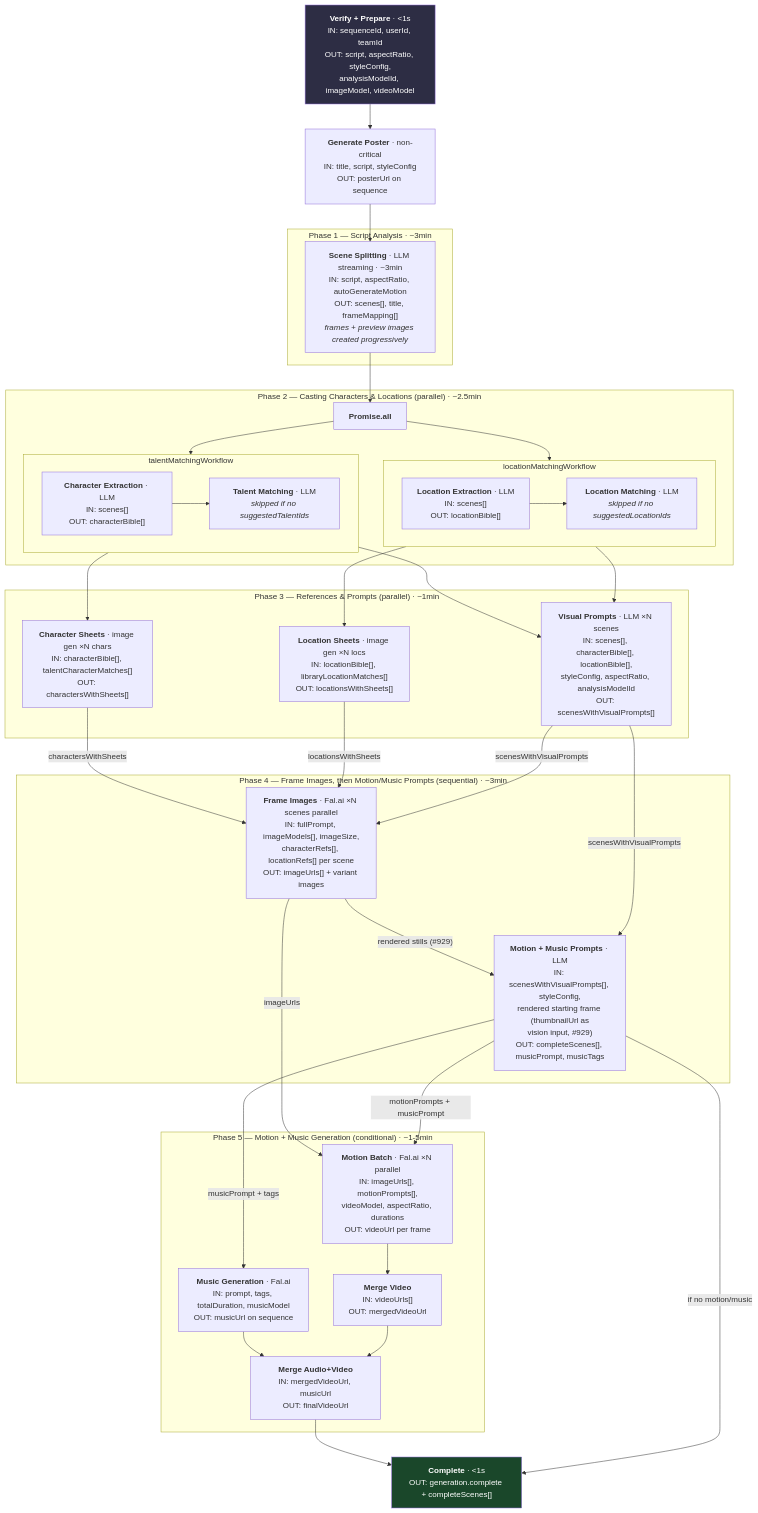
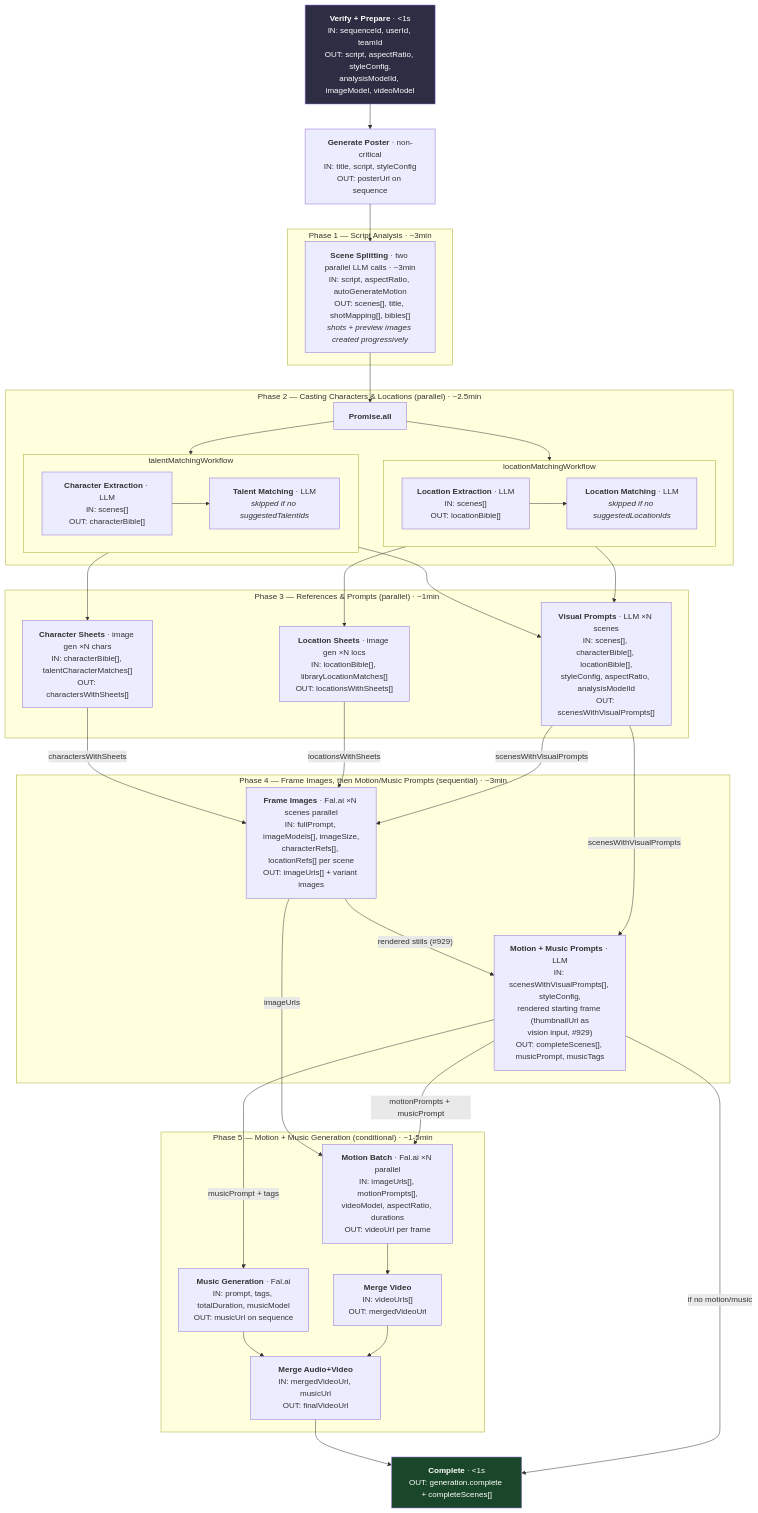
The first of 7 diagrams in docs/developer-guide/workflow.md (ai-shreyas/openstory), drawn with Mermaid before and after one commit. The commit also changed other lines of this file and 16 other files, not shown here.

First line of the commit message:
fix(ai): keep first-pass scenes on degraded split; pair music by index

````diff
--- a/docs/developer-guide/workflow.md
+++ b/docs/developer-guide/workflow.md
@@ -12,72 +12,72 @@
 ```mermaid
 flowchart TD
     Verify["<b>Verify + Prepare</b> · <1s<br/>IN: sequenceId, userId, teamId<br/>OUT: script, aspectRatio, styleConfig,<br/>analysisModelId, imageModel, videoModel"] --> Poster
     Poster["<b>Generate Poster</b> · non-critical<br/>IN: title, script, styleConfig<br/>OUT: posterUrl on sequence"] --> SceneSplit
 
     subgraph "Phase 1 — Script Analysis · ~3min"
-        SceneSplit["<b>Scene Splitting</b> · LLM streaming · ~3min<br/>IN: script, aspectRatio, autoGenerateMotion<br/>OUT: scenes[], title, frameMapping[]<br/><i>frames + preview images created progressively</i>"]
+        SceneSplit["<b>Scene Splitting</b> · two parallel LLM calls · ~3min<br/>IN: script, aspectRatio, autoGenerateMotion<br/>OUT: scenes[], title, shotMapping[], bibles[]<br/><i>shots + preview images created progressively</i>"]
     end
 
     SceneSplit --> P2
 
     subgraph "Phase 2 — Casting Characters & Locations (parallel) · ~2.5min"
         P2["<b>Promise.all</b>"]
         P2 --> TalentSub
         P2 --> LocationSub
 
         subgraph TalentSub["talentMatchingWorkflow"]
             CharExtract["<b>Character Extraction</b> · LLM<br/>IN: scenes[]<br/>OUT: characterBible[]"]
             TalentMatch["<b>Talent Matching</b> · LLM<br/><i>skipped if no suggestedTalentIds</i>"]
             CharExtract --> TalentMatch
         end
 
         subgraph LocationSub["locationMatchingWorkflow"]
             LocExtract["<b>Location Extraction</b> · LLM<br/>IN: scenes[]<br/>OUT: locationBible[]"]
             LocMatch["<b>Location Matching</b> · LLM<br/><i>skipped if no suggestedLocationIds</i>"]
             LocExtract --> LocMatch
         end
     end
 
     subgraph "Phase 3 — References & Prompts (parallel) · ~1min"
         CharSheets["<b>Character Sheets</b> · image gen ×N chars<br/>IN: characterBible[], talentCharacterMatches[]<br/>OUT: charactersWithSheets[]"]
         LocSheets["<b>Location Sheets</b> · image gen ×N locs<br/>IN: locationBible[], libraryLocationMatches[]<br/>OUT: locationsWithSheets[]"]
         VisualPrompts["<b>Visual Prompts</b> · LLM ×N scenes<br/>IN: scenes[], characterBible[], locationBible[],<br/>styleConfig, aspectRatio, analysisModelId<br/>OUT: scenesWithVisualPrompts[]"]
     end
 
     TalentSub --> CharSheets
     TalentSub --> VisualPrompts
     LocationSub --> LocSheets
     LocationSub --> VisualPrompts
 
     subgraph "Phase 4 — Frame Images, then Motion/Music Prompts (sequential) · ~3min"
         ImageGen["<b>Frame Images</b> · Fal.ai ×N scenes parallel<br/>IN: fullPrompt, imageModels[], imageSize,<br/>characterRefs[], locationRefs[] per scene<br/>OUT: imageUrls[] + variant images"]
         MotionMusicPrompts["<b>Motion + Music Prompts</b> · LLM<br/>IN: scenesWithVisualPrompts[], styleConfig,<br/>rendered starting frame (thumbnailUrl as<br/>vision input, #929)<br/>OUT: completeScenes[], musicPrompt, musicTags"]
     end
 
     CharSheets -->|"charactersWithSheets"| ImageGen
     LocSheets -->|"locationsWithSheets"| ImageGen
     VisualPrompts -->|"scenesWithVisualPrompts"| ImageGen
     ImageGen -->|"rendered stills (#929)"| MotionMusicPrompts
     VisualPrompts -->|"scenesWithVisualPrompts"| MotionMusicPrompts
 
     subgraph "Phase 5 — Motion + Music Generation (conditional) · ~1-5min"
         MotionBatch["<b>Motion Batch</b> · Fal.ai ×N parallel<br/>IN: imageUrls[], motionPrompts[],<br/>videoModel, aspectRatio, durations<br/>OUT: videoUrl per frame"]
         MusicGen["<b>Music Generation</b> · Fal.ai<br/>IN: prompt, tags, totalDuration, musicModel<br/>OUT: musicUrl on sequence"]
         MergeVideo["<b>Merge Video</b><br/>IN: videoUrls[]<br/>OUT: mergedVideoUrl"]
         MergeAudioVideo["<b>Merge Audio+Video</b><br/>IN: mergedVideoUrl, musicUrl<br/>OUT: finalVideoUrl"]
         MotionBatch --> MergeVideo
         MusicGen --> MergeAudioVideo
         MergeVideo --> MergeAudioVideo
     end
 
     ImageGen -->|"imageUrls"| MotionBatch
     MotionMusicPrompts -->|"motionPrompts + musicPrompt"| MotionBatch
     MotionMusicPrompts -->|"musicPrompt + tags"| MusicGen
 
     MergeAudioVideo --> Done
     MotionMusicPrompts -->|"if no motion/music"| Done
     Done["<b>Complete</b> · <1s<br/>OUT: generation.complete + completeScenes[]"]
 
     style Verify fill:#2d2d44,color:#fff
     style Done fill:#1a472a,color:#fff
 ```
````
